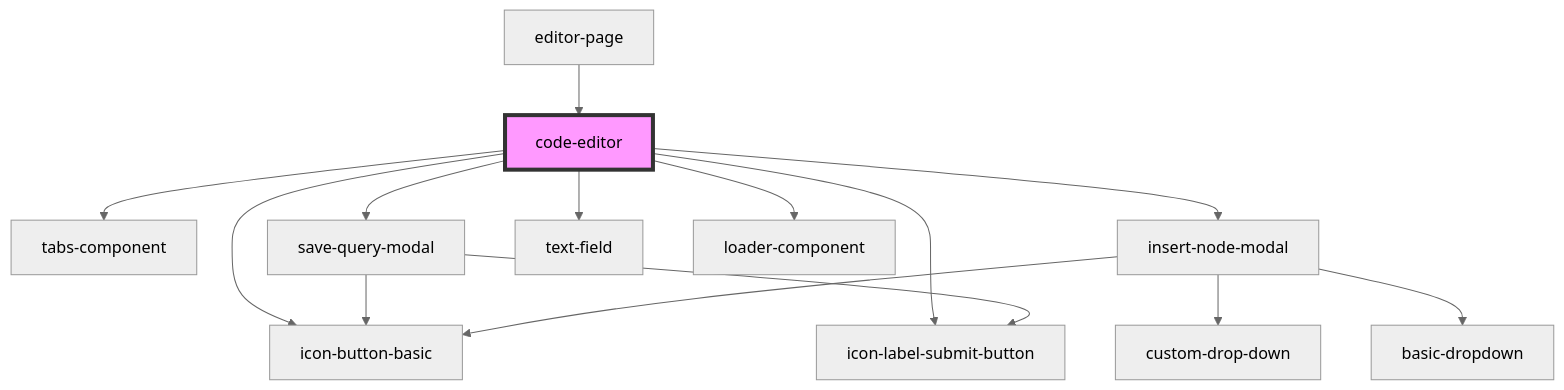
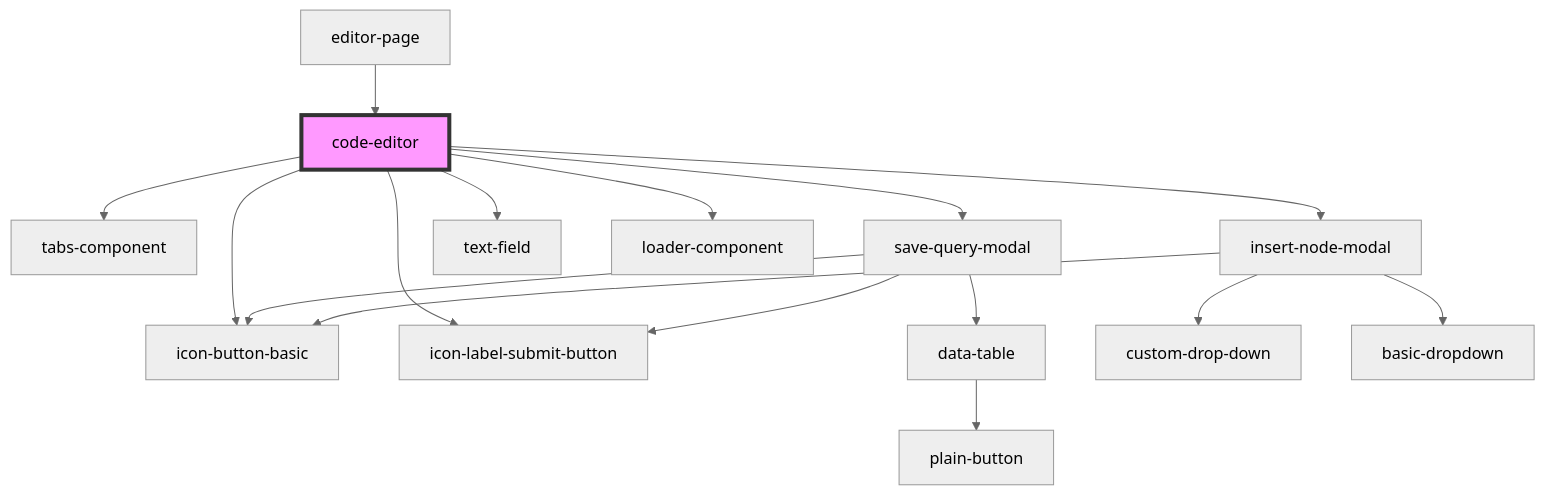
The diagram in src/components/editorPage/code-editor/readme.md (techvariable/NeptuneConnectComponents), drawn with Mermaid (neutral theme) before and after one commit. The commit also changed 10 other files, not shown here.

````diff
--- a/src/components/editorPage/code-editor/readme.md
+++ b/src/components/editorPage/code-editor/readme.md
@@ -34,17 +34,19 @@
 ```mermaid
 graph TD;
   code-editor --> tabs-component
   code-editor --> save-query-modal
   code-editor --> insert-node-modal
   code-editor --> icon-button-basic
   code-editor --> icon-label-submit-button
   code-editor --> text-field
   code-editor --> loader-component
   save-query-modal --> icon-button-basic
+  save-query-modal --> data-table
   save-query-modal --> icon-label-submit-button
+  data-table --> plain-button
   insert-node-modal --> icon-button-basic
   insert-node-modal --> custom-drop-down
   insert-node-modal --> basic-dropdown
   editor-page --> code-editor
   style code-editor fill:#f9f,stroke:#333,stroke-width:4px
 ```
````
